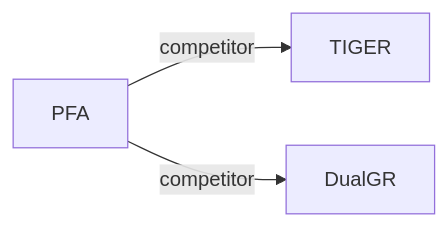
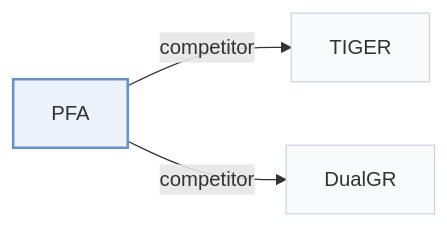
The second of 2 diagrams in pages/papers/pfa.md (Galaxy-ghost/Awesome-SID-Generative-Rec), drawn with Mermaid before and after one commit. The commit also changed other lines of this file and 649 other files, not shown here.

Commit message:
writer-05: also tags and modality index (schema, check, build, visuals); summary field removed; calibration data for 12 papers

````diff
--- a/pages/papers/pfa.md
+++ b/pages/papers/pfa.md
@@ -66,6 +70,10 @@
 ```mermaid
 flowchart LR
     P["PFA"]
-    P -->|competitor| A["TIGER"]
-    P -->|competitor| B["DualGR"]
+    P -->|"competitor"| A["TIGER"]
+    P -->|"competitor"| B["DualGR"]
+    classDef main fill:#eaf2fb,stroke:#6b8fc7,stroke-width:2px
+    classDef peer fill:#f8fafc,stroke:#cbd5e1
+    class P main
+    class A,B peer
 ```
````
